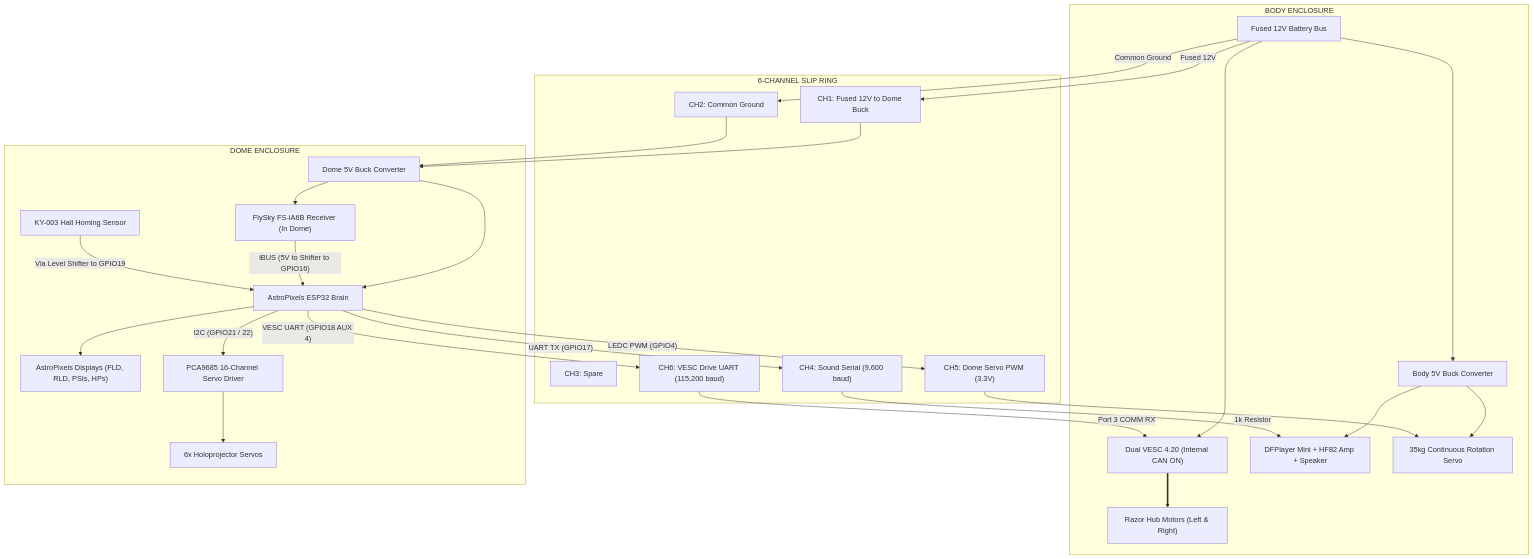
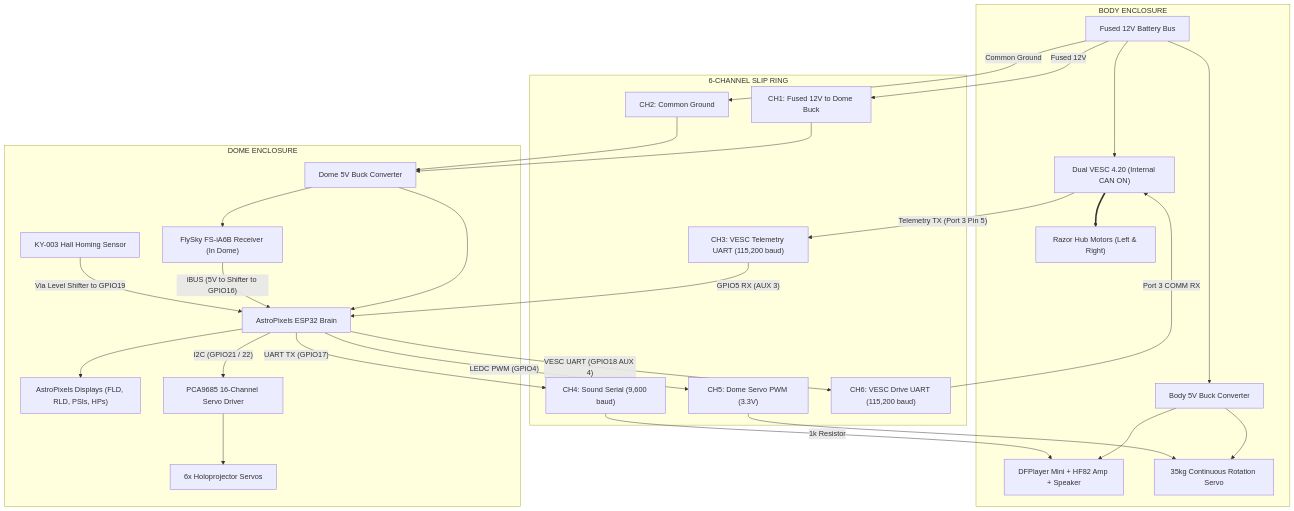
The diagram in ESP32_DOME_BRAIN_GUIDE.md (mmcgeary/HDR2D2), drawn with Mermaid before and after one commit. The commit also changed 10 other files, not shown here.

First line of the commit message:
Add bidirectional VESC UART with telemetry and battery protection

````diff
--- a/ESP32_DOME_BRAIN_GUIDE.md
+++ b/ESP32_DOME_BRAIN_GUIDE.md
@@ -14,46 +14,47 @@
 ```mermaid
 flowchart TB
     subgraph BODY [BODY ENCLOSURE]
         BATTERY["Fused 12V Battery Bus"]
         VESC["Dual VESC 4.20 (Internal CAN ON)"]
         BODY_BUCK["Body 5V Buck Converter"]
         MOTORS["Razor Hub Motors (Left & Right)"]
         DFPLAYER["DFPlayer Mini + HF82 Amp + Speaker"]
         DOME_SERVO["35kg Continuous Rotation Servo"]
 
         BATTERY --> VESC ==> MOTORS
         BATTERY --> BODY_BUCK --> DFPLAYER
         BODY_BUCK --> DOME_SERVO
     end
 
     subgraph RING [6-CHANNEL SLIP RING]
         CH1["CH1: Fused 12V to Dome Buck"]
         CH2["CH2: Common Ground"]
-        CH3["CH3: Spare"]
+        CH3["CH3: VESC Telemetry UART (115,200 baud)"]
         CH4["CH4: Sound Serial (9,600 baud)"]
         CH5["CH5: Dome Servo PWM (3.3V)"]
         CH6["CH6: VESC Drive UART (115,200 baud)"]
     end
 
     subgraph DOME [DOME ENCLOSURE]
         RX["FlySky FS-iA6B Receiver (In Dome)"]
         ESP32["AstroPixels ESP32 Brain"]
         LIGHTS["AstroPixels Displays (FLD, RLD, PSIs, HPs)"]
         PCA["PCA9685 16-Channel Servo Driver"]
         SERVOS["6x Holoprojector Servos"]
         HALL["KY-003 Hall Homing Sensor"]
         DOME_BUCK["Dome 5V Buck Converter"]
 
         BATTERY -->|"Fused 12V"| CH1 --> DOME_BUCK --> ESP32
         DOME_BUCK --> RX
         BATTERY -->|"Common Ground"| CH2 --> DOME_BUCK
 
         RX -->|"iBUS (5V to Shifter to GPIO16)"| ESP32
+        VESC -->|"Telemetry TX (Port 3 Pin 5)"| CH3 -->|"GPIO5 RX (AUX 3)"| ESP32
         ESP32 -->|"UART TX (GPIO17)"| CH4 -->|"1k Resistor"| DFPLAYER
         ESP32 -->|"LEDC PWM (GPIO4)"| CH5 --> DOME_SERVO
         ESP32 -->|"VESC UART (GPIO18 AUX 4)"| CH6 -->|"Port 3 COMM RX"| VESC
         ESP32 --> LIGHTS
         ESP32 -->|"I2C (GPIO21 / 22)"| PCA --> SERVOS
         HALL -->|"Via Level Shifter to GPIO19"| ESP32
     end
 ```
````
